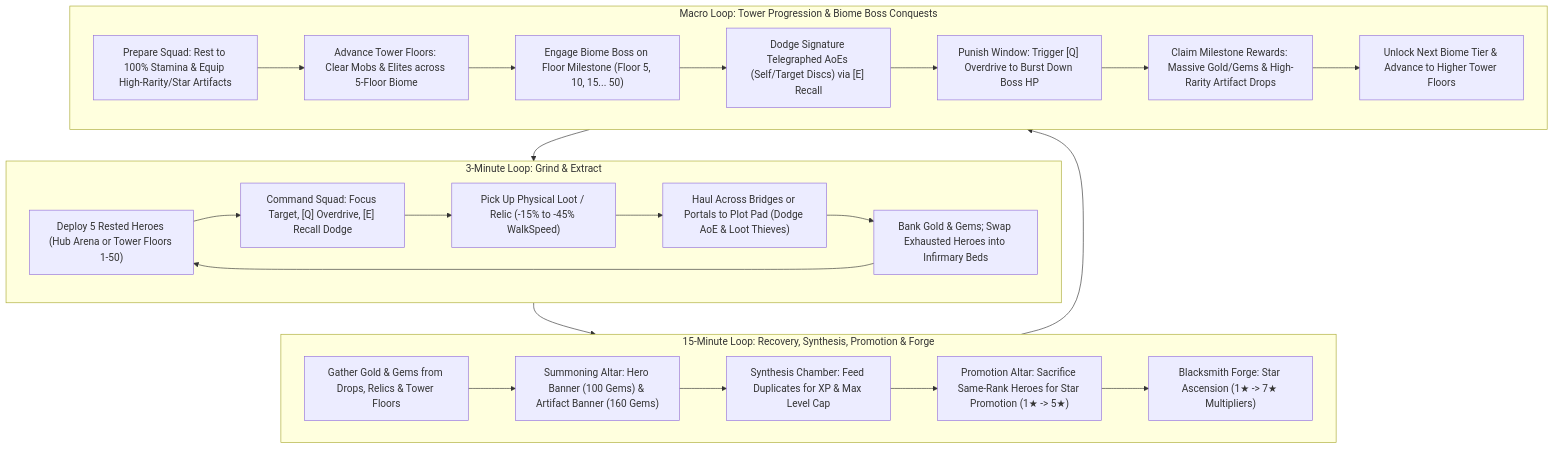
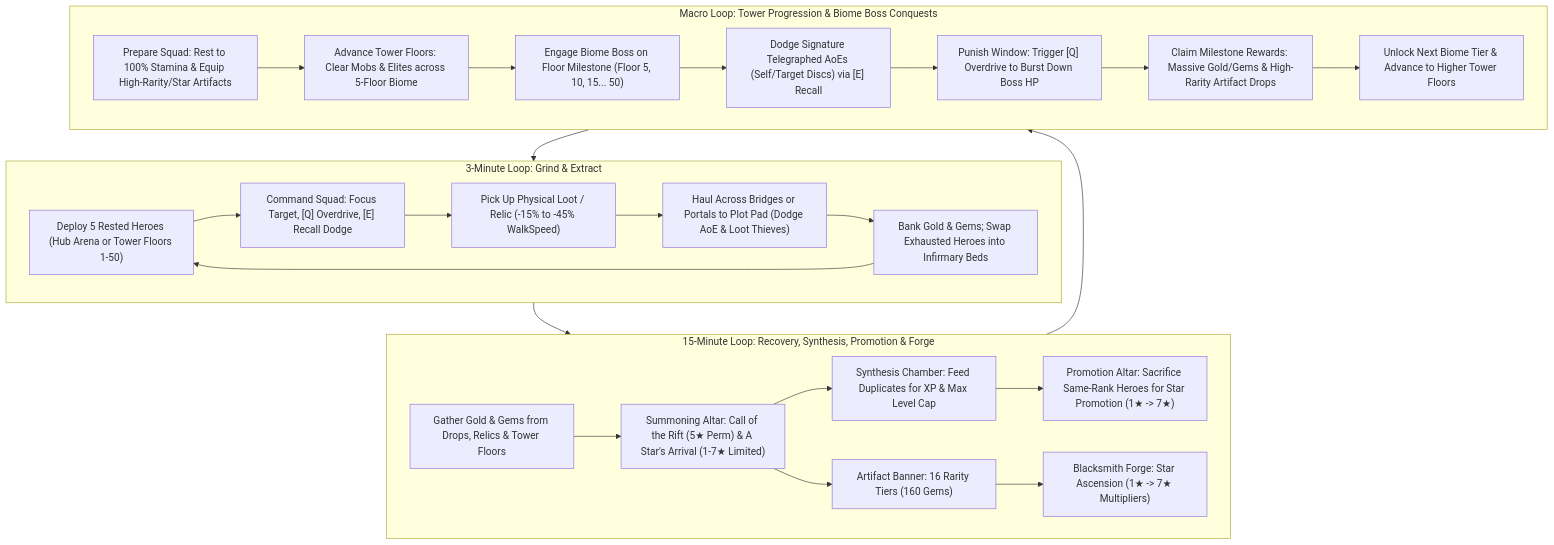
The diagram in GAME_DESIGN.MD (Zaimoo/infinite-tower), drawn with Mermaid before and after one commit. The commit also changed other lines of this file and 3 other files, not shown here.

First line of the commit message:
feat(summon): implement dual-banner system with Call of the Rift and A Star's Arrival

````diff
--- a/GAME_DESIGN.MD
+++ b/GAME_DESIGN.MD
@@ -46,30 +46,31 @@
 ```mermaid
 flowchart TD
     subgraph Micro["3-Minute Loop: Grind & Extract"]
         M1["Deploy 5 Rested Heroes (Hub Arena or Tower Floors 1-50)"] --> M2["Command Squad: Focus Target, [Q] Overdrive, [E] Recall Dodge"]
         M2 --> M3["Pick Up Physical Loot / Relic (-15% to -45% WalkSpeed)"]
         M3 --> M4["Haul Across Bridges or Portals to Plot Pad (Dodge AoE & Loot Thieves)"]
         M4 --> M5["Bank Gold & Gems; Swap Exhausted Heroes into Infirmary Beds"]
         M5 --> M1
     end
 
     subgraph Meso["15-Minute Loop: Recovery, Synthesis, Promotion & Forge"]
-        T1["Gather Gold & Gems from Drops, Relics & Tower Floors"] --> T2["Summoning Altar: Hero Banner (100 Gems) & Artifact Banner (160 Gems)"]
+        T1["Gather Gold & Gems from Drops, Relics & Tower Floors"] --> T2["Summoning Altar: Call of the Rift (5★ Perm) & A Star's Arrival (1-7★ Limited)"]
         T2 --> T3["Synthesis Chamber: Feed Duplicates for XP & Max Level Cap"]
-        T3 --> T4["Promotion Altar: Sacrifice Same-Rank Heroes for Star Promotion (1★ -> 5★)"]
-        T4 --> T5["Blacksmith Forge: Star Ascension (1★ -> 7★ Multipliers)"]
+        T2 --> T4["Artifact Banner: 16 Rarity Tiers (160 Gems)"]
+        T3 --> T5["Promotion Altar: Sacrifice Same-Rank Heroes for Star Promotion (1★ -> 7★)"]
+        T4 --> T6["Blacksmith Forge: Star Ascension (1★ -> 7★ Multipliers)"]
     end
 
     subgraph Macro["Macro Loop: Tower Progression & Biome Boss Conquests"]
         B1["Prepare Squad: Rest to 100% Stamina & Equip High-Rarity/Star Artifacts"] --> B2["Advance Tower Floors: Clear Mobs & Elites across 5-Floor Biome"]
         B2 --> B3["Engage Biome Boss on Floor Milestone (Floor 5, 10, 15... 50)"]
         B3 --> B4["Dodge Signature Telegraphed AoEs (Self/Target Discs) via [E] Recall"]
         B4 --> B5["Punish Window: Trigger [Q] Overdrive to Burst Down Boss HP"]
         B5 --> B6["Claim Milestone Rewards: Massive Gold/Gems & High-Rarity Artifact Drops"]
         B6 --> B7["Unlock Next Biome Tier & Advance to Higher Tower Floors"]
     end
 
     Micro --> Meso
     Meso --> Macro
     Macro --> Micro
 ```
````
